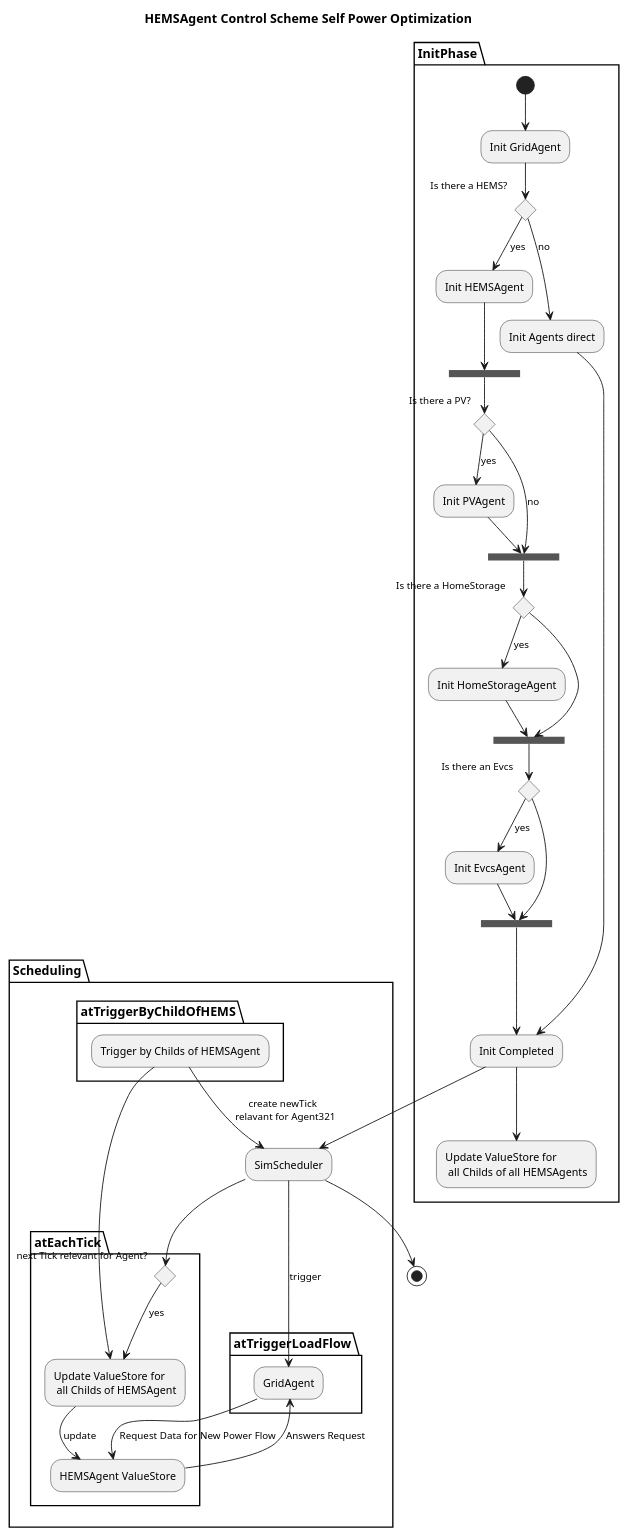
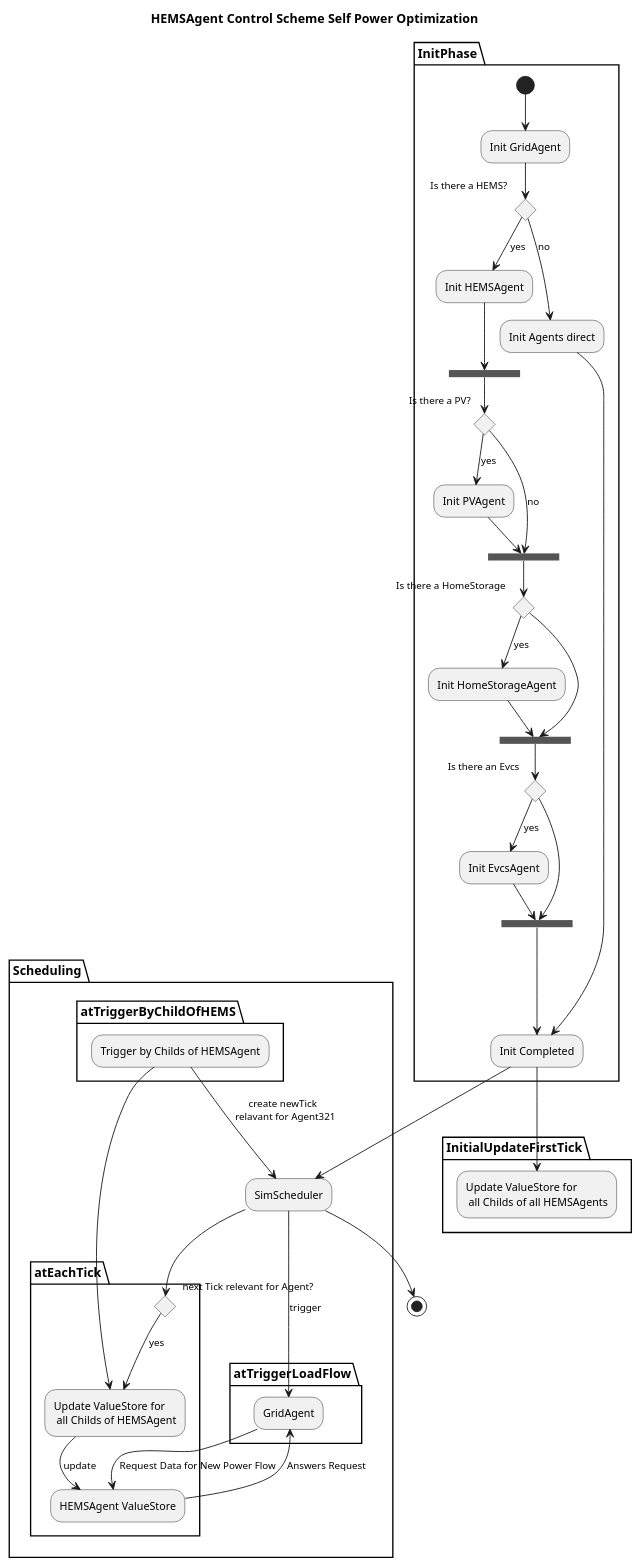
The diagram in docs/uml/protocol/HEMS_Control/HemsControlSelfOptActivityDiagram.puml (ie3-institute/simona), drawn with PlantUML before and after one commit.

Commit message:
Initial Update First Tick

```diff
--- a/docs/uml/protocol/HEMS_Control/HemsControlSelfOptActivityDiagram.puml
+++ b/docs/uml/protocol/HEMS_Control/HemsControlSelfOptActivityDiagram.puml
@@ -1,64 +1,66 @@
 @startuml
 title HEMSAgent Control Scheme Self Power Optimization
 partition InitPhase {
 (*) --> "Init GridAgent"
 
 
 if "Is there a HEMS?"
 --> [yes] "Init HEMSAgent"
 --> ===B1===
 
 ===B1=== --> if "Is there a PV?"
 --> [yes] "Init PVAgent"
 --> ===B2===
 else
 --> [no] ===B2===
 endif
 
 ===B2=== --> if "Is there a HomeStorage"
 --> [yes] "Init HomeStorageAgent"
 --> ===B3===
 else
 --> ===B3===
 endif
 
 ===B3=== --> if "Is there an Evcs"
 --> [yes] "Init EvcsAgent"
 --> ===B4===
 
 else
 --> ===B4===
 endif
 
 else
 --> [no] "Init Agents direct"
 endif
 --> "Init Completed"
+
+}
+partition InitialUpdateFirstTick {
 --> "Update ValueStore for \n all Childs of all HEMSAgents"
 }
-
 ===B4=== --> "Init Completed"
 partition Scheduling {
 --> "SimScheduler" as SimScheduler
 
 partition atTriggerByChildOfHEMS {
 "Trigger by Childs of HEMSAgent" -->[create newTick \n relavant for Agent321] "SimScheduler"
 }
 
 partition atEachTick {
 "Trigger by Childs of HEMSAgent" --> "Update ValueStore for \n all Childs of HEMSAgent" as updateValueStore
 SimScheduler --> if "next Tick relevant for Agent?"
 --> [yes] updateValueStore
 --> [update]"HEMSAgent ValueStore" as HEMSValueStore
 endif
 }
 
 partition atTriggerLoadFlow {
 SimScheduler -->[trigger] "GridAgent" as GridAgent
 "GridAgent" -->[Request Data for New Power Flow] HEMSValueStore
 --> [Answers Request] GridAgent
 }
 }
 
 SimScheduler --> (*)
 @enduml
```
